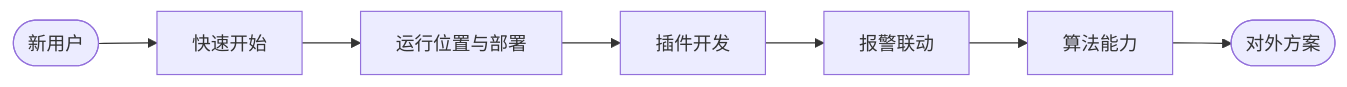
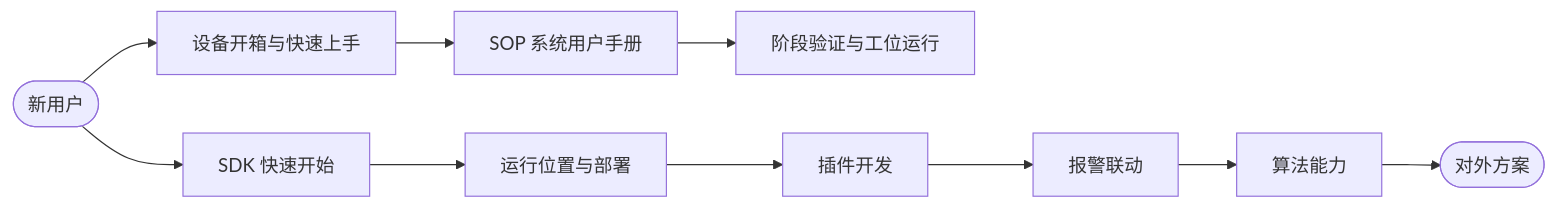
Before and after one commit to JinsonicAi/jinsonic-ai-sdk: the second of 2 diagrams in docs/index.md, drawn with Mermaid. The commit also changed other lines of this file and 17 other files, not shown here.

````diff
--- a/docs/index.md
+++ b/docs/index.md
@@ -137,9 +161,12 @@
 ```mermaid
 flowchart LR
-    S([新用户]) --> Q[快速开始]
+    S([新用户]) --> U[设备开箱与快速上手]
+    U --> W[SOP 系统用户手册]
+    W --> V[阶段验证与工位运行]
+    S --> Q[SDK 快速开始]
     Q --> R[运行位置与部署]
     R --> P[插件开发]
     P --> A[报警联动]
     A --> C[算法能力]
     C --> E([对外方案])
 ```
````
